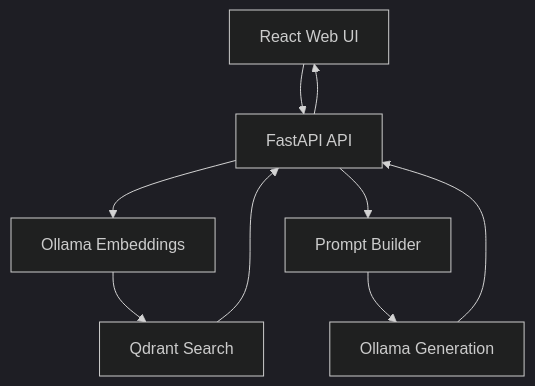
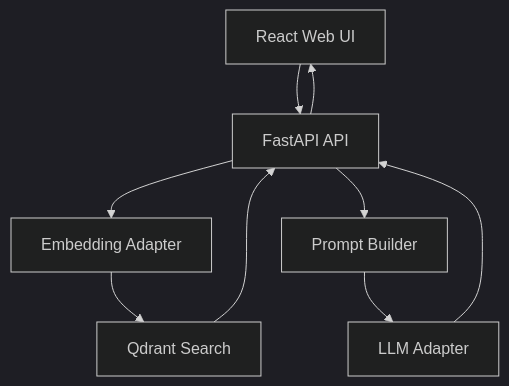
Before and after one commit to bakermarcos/scriptura-lab: the diagram in README.md, drawn with Mermaid (dark theme). The commit also changed other lines of this file and 27 other files, not shown here.

First line of the commit message:
feat: implement configurable model provider harness for generation and embeddings

````diff
--- a/README.md
+++ b/README.md
@@ -53,11 +56,11 @@
 ```mermaid
 flowchart TD
     A["React Web UI"] --> B["FastAPI API"]
-    B --> C["Ollama Embeddings"]
+    B --> C["Embedding Adapter"]
     C --> D["Qdrant Search"]
     D --> B
     B --> E["Prompt Builder"]
-    E --> F["Ollama Generation"]
+    E --> F["LLM Adapter"]
     F --> B
     B --> A
 ```
````
